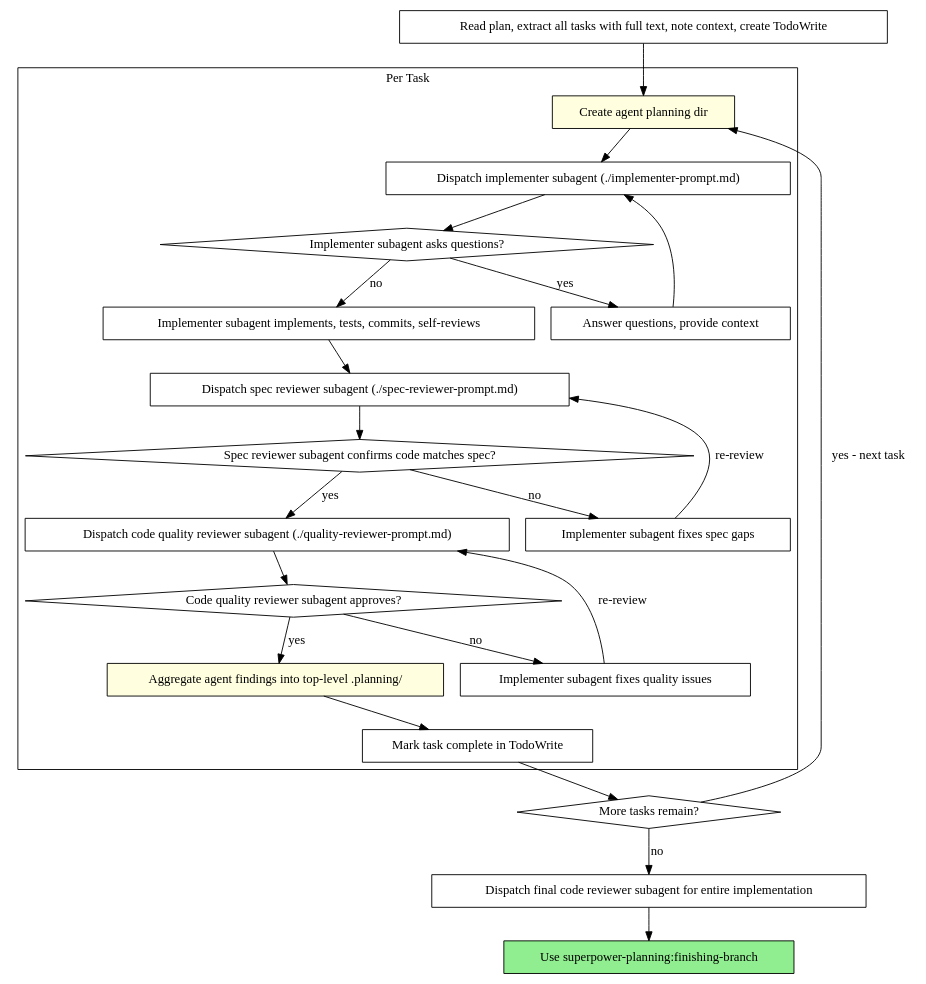
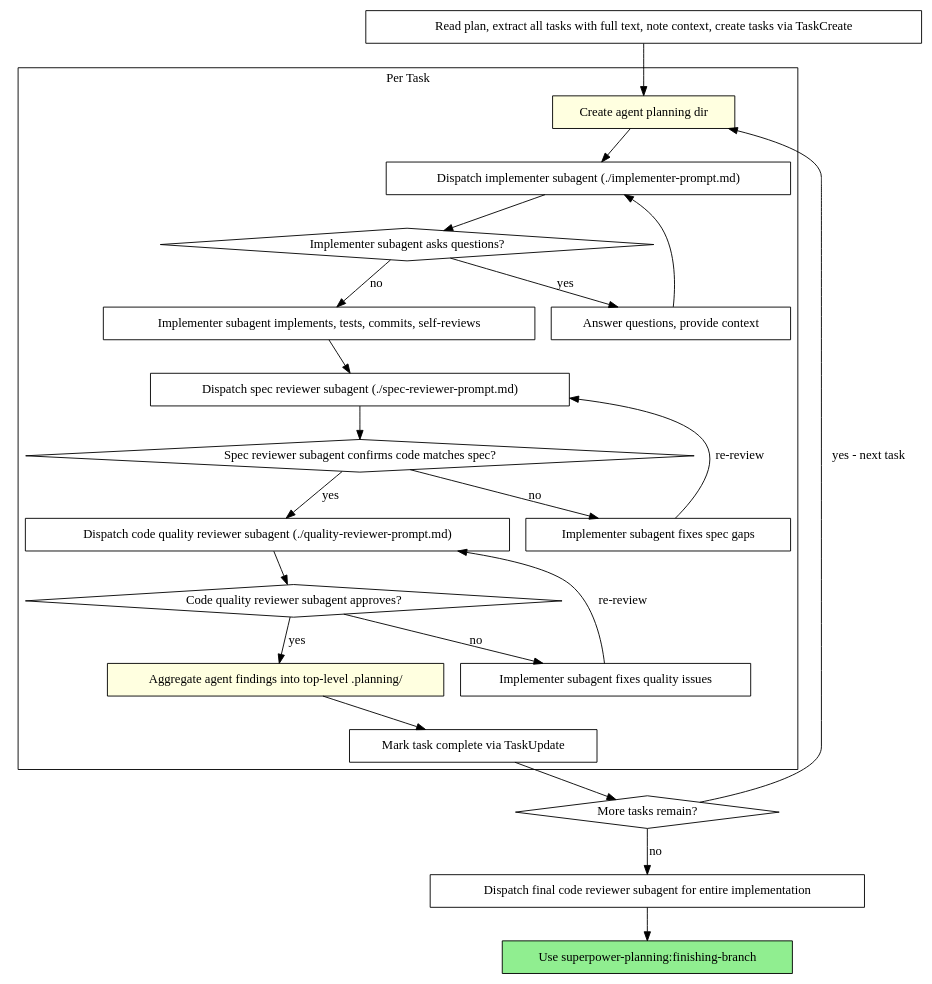
The second of 2 diagrams in skills/subagent-driven/SKILL.md (SipengXie2024/superpower-planning), drawn with Graphviz before and after one commit. The commit also changed other lines of this file and 13 other files, not shown here.

First line of the commit message:
refactor: clarify task_plan.md scope and migrate TodoWrite to Task API

````diff
--- a/skills/subagent-driven/SKILL.md
+++ b/skills/subagent-driven/SKILL.md
@@ -41,48 +41,48 @@
 ```dot
 digraph process {
     rankdir=TB;
 
     subgraph cluster_per_task {
         label="Per Task";
         "Create agent planning dir" [shape=box style=filled fillcolor=lightyellow];
         "Dispatch implementer subagent (./implementer-prompt.md)" [shape=box];
         "Implementer subagent asks questions?" [shape=diamond];
         "Answer questions, provide context" [shape=box];
         "Implementer subagent implements, tests, commits, self-reviews" [shape=box];
         "Dispatch spec reviewer subagent (./spec-reviewer-prompt.md)" [shape=box];
         "Spec reviewer subagent confirms code matches spec?" [shape=diamond];
         "Implementer subagent fixes spec gaps" [shape=box];
         "Dispatch code quality reviewer subagent (./quality-reviewer-prompt.md)" [shape=box];
         "Code quality reviewer subagent approves?" [shape=diamond];
         "Implementer subagent fixes quality issues" [shape=box];
         "Aggregate agent findings into top-level .planning/" [shape=box style=filled fillcolor=lightyellow];
-        "Mark task complete in TodoWrite" [shape=box];
+        "Mark task complete via TaskUpdate" [shape=box];
     }
 
-    "Read plan, extract all tasks with full text, note context, create TodoWrite" [shape=box];
+    "Read plan, extract all tasks with full text, note context, create tasks via TaskCreate" [shape=box];
     "More tasks remain?" [shape=diamond];
     "Dispatch final code reviewer subagent for entire implementation" [shape=box];
     "Use superpower-planning:finishing-branch" [shape=box style=filled fillcolor=lightgreen];
 
-    "Read plan, extract all tasks with full text, note context, create TodoWrite" -> "Create agent planning dir";
+    "Read plan, extract all tasks with full text, note context, create tasks via TaskCreate" -> "Create agent planning dir";
     "Create agent planning dir" -> "Dispatch implementer subagent (./implementer-prompt.md)";
     "Dispatch implementer subagent (./implementer-prompt.md)" -> "Implementer subagent asks questions?";
     "Implementer subagent asks questions?" -> "Answer questions, provide context" [label="yes"];
     "Answer questions, provide context" -> "Dispatch implementer subagent (./implementer-prompt.md)";
     "Implementer subagent asks questions?" -> "Implementer subagent implements, tests, commits, self-reviews" [label="no"];
     "Implementer subagent implements, tests, commits, self-reviews" -> "Dispatch spec reviewer subagent (./spec-reviewer-prompt.md)";
     "Dispatch spec reviewer subagent (./spec-reviewer-prompt.md)" -> "Spec reviewer subagent confirms code matches spec?";
     "Spec reviewer subagent confirms code matches spec?" -> "Implementer subagent fixes spec gaps" [label="no"];
     "Implementer subagent fixes spec gaps" -> "Dispatch spec reviewer subagent (./spec-reviewer-prompt.md)" [label="re-review"];
     "Spec reviewer subagent confirms code matches spec?" -> "Dispatch code quality reviewer subagent (./quality-reviewer-prompt.md)" [label="yes"];
     "Dispatch code quality reviewer subagent (./quality-reviewer-prompt.md)" -> "Code quality reviewer subagent approves?";
     "Code quality reviewer subagent approves?" -> "Implementer subagent fixes quality issues" [label="no"];
     "Implementer subagent fixes quality issues" -> "Dispatch code quality reviewer subagent (./quality-reviewer-prompt.md)" [label="re-review"];
     "Code quality reviewer subagent approves?" -> "Aggregate agent findings into top-level .planning/" [label="yes"];
-    "Aggregate agent findings into top-level .planning/" -> "Mark task complete in TodoWrite";
-    "Mark task complete in TodoWrite" -> "More tasks remain?";
+    "Aggregate agent findings into top-level .planning/" -> "Mark task complete via TaskUpdate";
+    "Mark task complete via TaskUpdate" -> "More tasks remain?";
     "More tasks remain?" -> "Create agent planning dir" [label="yes - next task"];
     "More tasks remain?" -> "Dispatch final code reviewer subagent for entire implementation" [label="no"];
     "Dispatch final code reviewer subagent for entire implementation" -> "Use superpower-planning:finishing-branch";
 }
 ```
````
